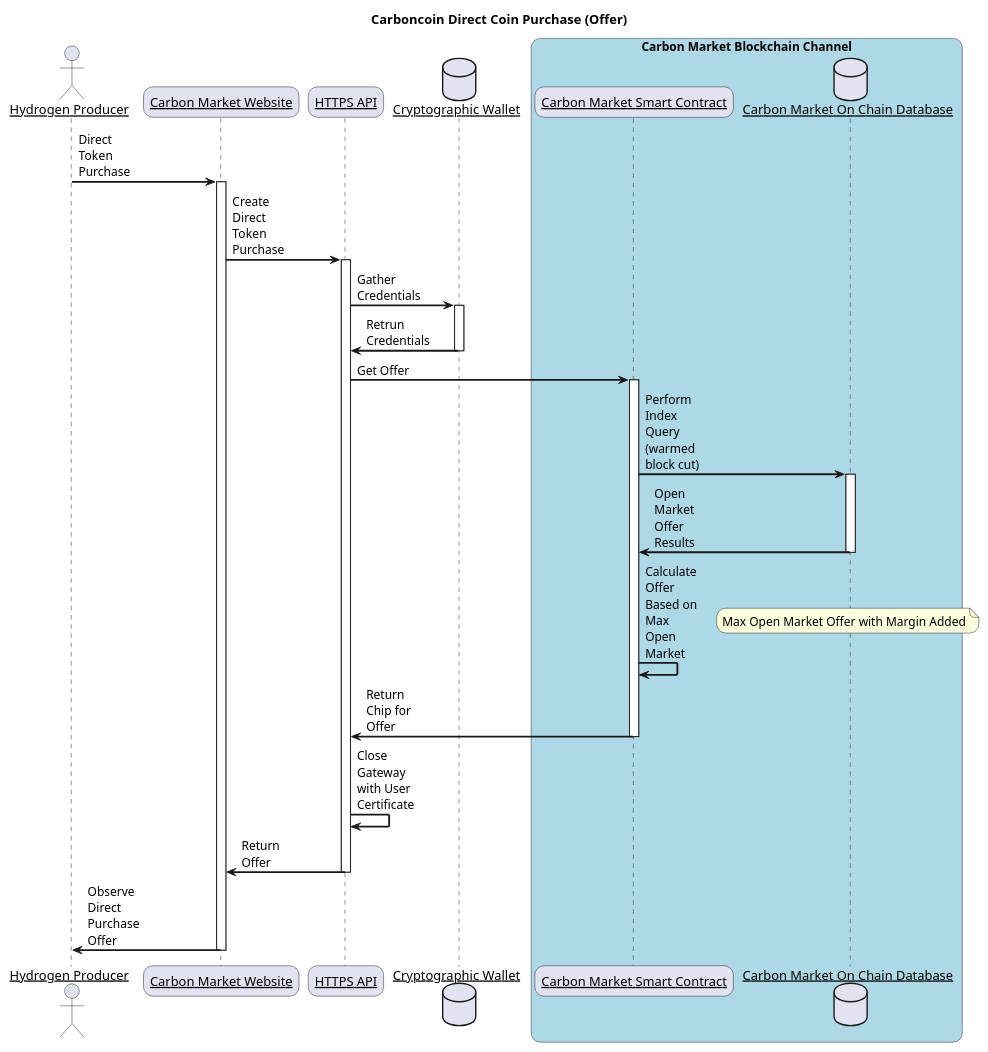
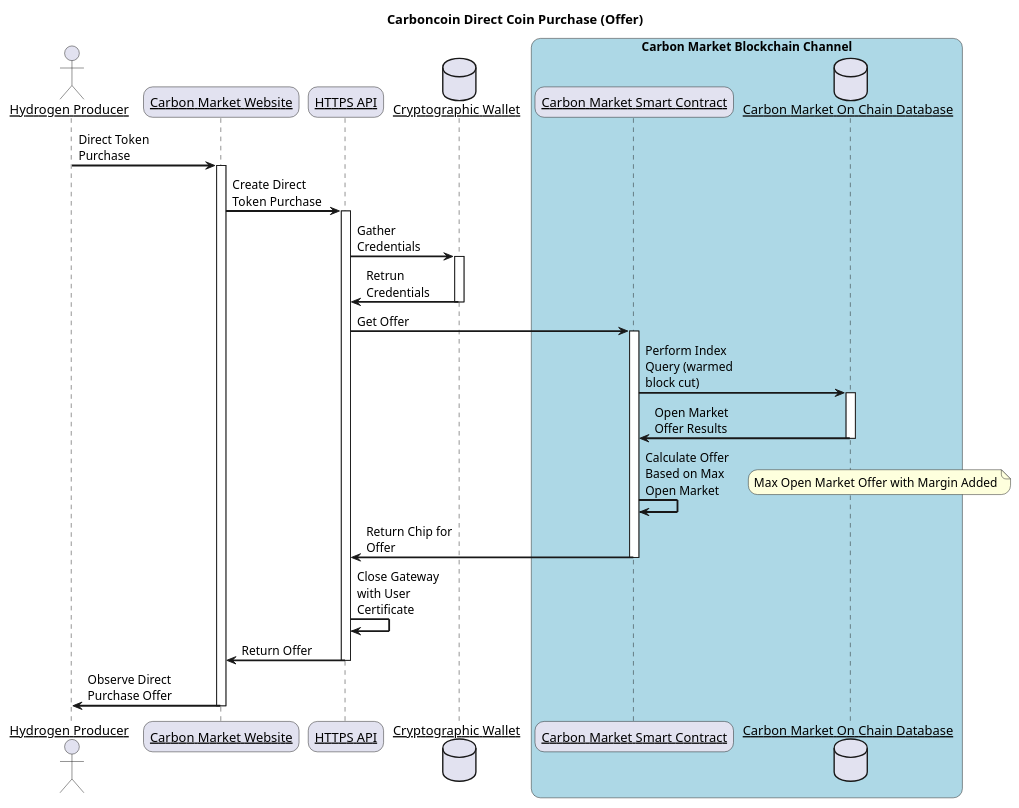
One commit to oscargolding/Carboncoin-ESG changed the diagram in diagrams/directPurchase.pu. Above: the diagram before and after it, drawn with PlantUML. The commit also changed 35 other files, not shown here.

```diff
--- a/diagrams/directPurchase.pu
+++ b/diagrams/directPurchase.pu
@@ -1,51 +1,51 @@
 @startuml directOffer
 skinparam sequenceArrowThickness 2
 skinparam roundcorner 20
-skinparam maxmessagesize 60
+skinparam maxmessagesize 100
 skinparam sequenceParticipant underline
 title Carboncoin Direct Coin Purchase (Offer)
 
 actor "Hydrogen Producer" as Producer
 participant "Carbon Market Website" as Website
 participant "HTTPS API" as API
 database "Cryptographic Wallet" as Wallet
 box "Carbon Market Blockchain Channel" #LightBlue
 participant "Carbon Market Smart Contract" as CMSC 
 database "Carbon Market On Chain Database" as CMJD
 
 Producer -> Website: Direct Token Purchase
 activate Website
 
 Website -> API: Create Direct Token Purchase
 activate API
 
 API -> Wallet: Gather Credentials
 activate Wallet
 
 Wallet -> API: Retrun Credentials
 deactivate Wallet
 
 API -> CMSC: Get Offer
 activate CMSC
 
 CMSC -> CMJD: Perform Index Query (warmed block cut)
 activate CMJD
 
 CMJD -> CMSC: Open Market Offer Results
 deactivate CMJD
 
 CMSC -> CMSC: Calculate Offer Based on Max Open Market
 note right
 Max Open Market Offer with Margin Added
 end note
 
 CMSC -> API: Return Chip for Offer
 deactivate CMSC
 
 API -> API: Close Gateway with User Certificate
 API -> Website: Return Offer
 deactivate API
 Website -> Producer: Observe Direct Purchase Offer
 deactivate Website
 
 @enduml
```
